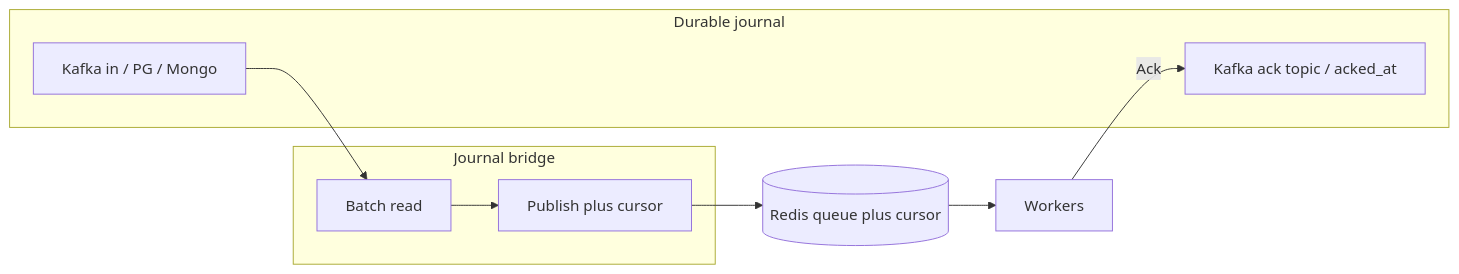
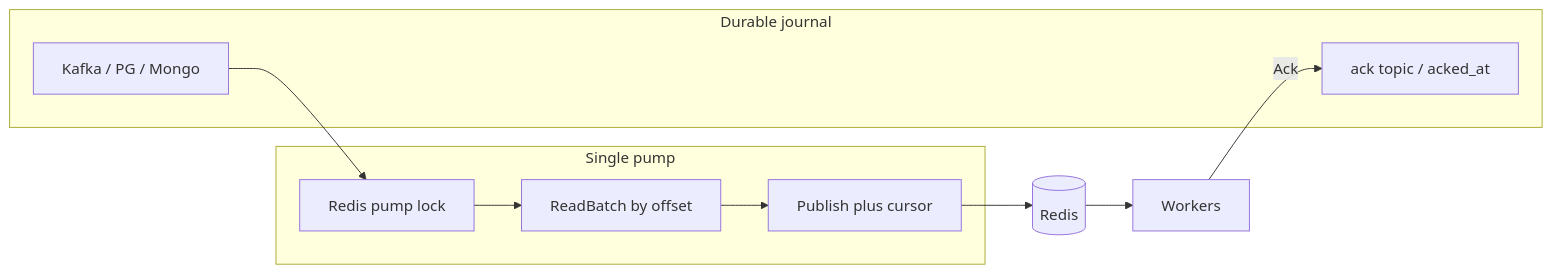
The first of 2 diagrams in docs/features/journal.md (Rinsvent/smart-redis-queue), drawn with Mermaid before and after one commit. The commit also changed other lines of this file and 23 other files, not shown here.

````diff
--- a/docs/features/journal.md
+++ b/docs/features/journal.md
@@ -16,15 +14,16 @@
 ```mermaid
 flowchart LR
   subgraph durable [Durable journal]
-    In[Kafka in / PG / Mongo]
-    AckStore[Kafka ack topic / acked_at]
+    In[Kafka / PG / Mongo]
+    AckStore[ack topic / acked_at]
   end
-  subgraph bridge [Journal bridge]
-    Read[Batch read]
+  subgraph bridge [Single pump]
+    Lock[Redis pump lock]
+    Read[ReadBatch by offset]
     Pub[Publish plus cursor]
   end
-  Redis[(Redis queue plus cursor)]
+  Redis[(Redis)]
   W[Workers]
-  In --> Read --> Pub --> Redis --> W
+  In --> Lock --> Read --> Pub --> Redis --> W
   W -->|Ack| AckStore
 ```
````
